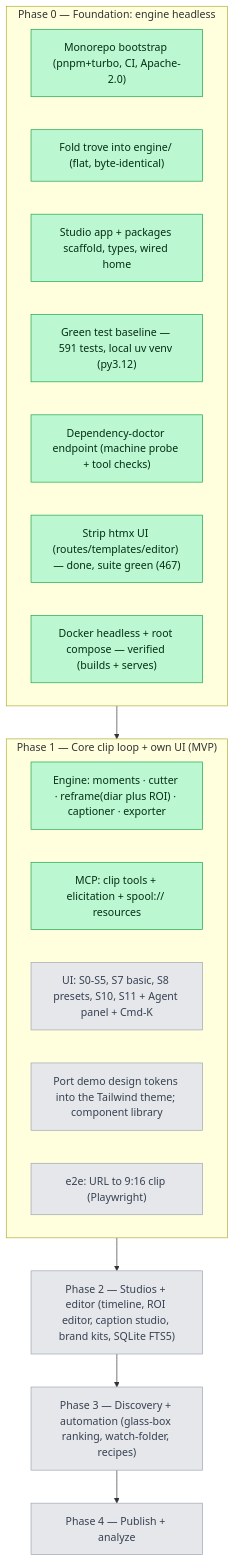
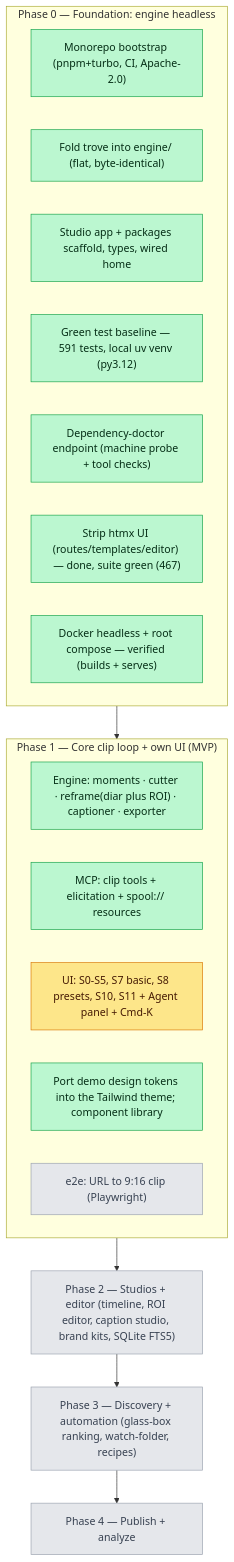
One commit to afk1997/spool-editor changed the diagram in docs/PROGRESS.md. Above: the diagram before and after it, drawn with Mermaid. The commit also changed other lines of this file, not shown here.

Commit message:
docs: Studio foundation + core-loop screens done; remaining UI scoped

````diff
--- a/docs/PROGRESS.md
+++ b/docs/PROGRESS.md
@@ -14,28 +14,28 @@
 ```mermaid
 graph TD
     subgraph P0["Phase 0 — Foundation: engine headless"]
       B0["Monorepo bootstrap (pnpm+turbo, CI, Apache-2.0)"]:::done
       B1["Fold trove into engine/ (flat, byte-identical)"]:::done
       B2["Studio app + packages scaffold, types, wired home"]:::done
       B3["Green test baseline — 591 tests, local uv venv (py3.12)"]:::done
       B5["Dependency-doctor endpoint (machine probe + tool checks)"]:::done
       B4["Strip htmx UI (routes/templates/editor) — done, suite green (467)"]:::done
       B6["Docker headless + root compose — verified (builds + serves)"]:::done
     end
     subgraph P1["Phase 1 — Core clip loop + own UI (MVP)"]
       C1["Engine: moments · cutter · reframe(diar plus ROI) · captioner · exporter"]:::done
       C2["MCP: clip tools + elicitation + spool:// resources"]:::done
-      C3["UI: S0-S5, S7 basic, S8 presets, S10, S11 + Agent panel + Cmd-K"]:::todo
-      C4["Port demo design tokens into the Tailwind theme; component library"]:::todo
+      C3["UI: S0-S5, S7 basic, S8 presets, S10, S11 + Agent panel + Cmd-K"]:::wip
+      C4["Port demo design tokens into the Tailwind theme; component library"]:::done
       C5["e2e: URL to 9:16 clip (Playwright)"]:::todo
     end
     P2["Phase 2 — Studios + editor (timeline, ROI editor, caption studio, brand kits, SQLite FTS5)"]:::todo
     P3["Phase 3 — Discovery + automation (glass-box ranking, watch-folder, recipes)"]:::todo
     P4["Phase 4 — Publish + analyze"]:::todo
 
     P0 --> P1 --> P2 --> P3 --> P4
 
     classDef done fill:#bbf7d0,stroke:#16a34a,color:#052e16;
     classDef wip  fill:#fde68a,stroke:#d97706,color:#451a03;
     classDef todo fill:#e5e7eb,stroke:#9ca3af,color:#374151;
 ```
````
